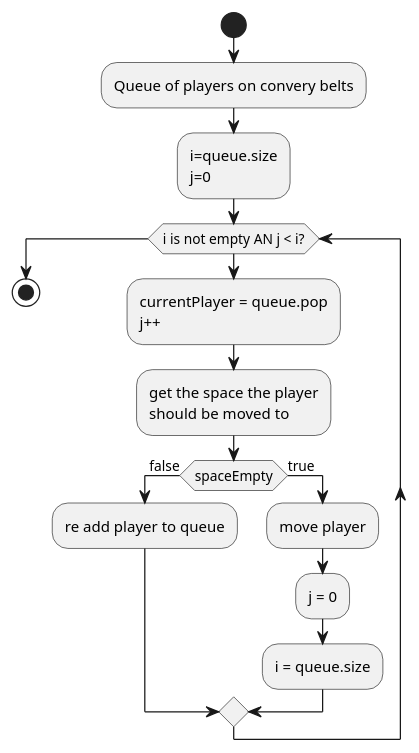
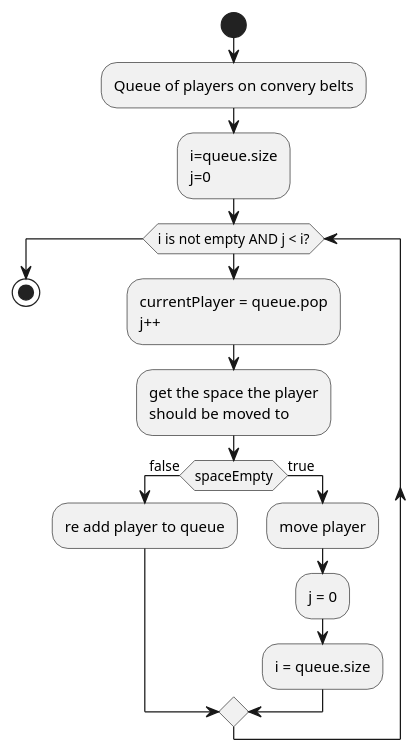
Before and after one commit to MikaelFangel/RoboRally: the diagram in diagrams/ActivityDiagrams/activatiorder_acitivity.puml, drawn with PlantUML.

Commit message:
corrected spelling mistake

```diff
--- a/diagrams/ActivityDiagrams/activatiorder_acitivity.puml
+++ b/diagrams/ActivityDiagrams/activatiorder_acitivity.puml
@@ -1,21 +1,21 @@
 @startuml
 'https://plantuml.com/activity-diagram-beta
 
 start
 :Queue of players on convery belts;
 :i=queue.size\nj=0;
-while (i is not empty AN j < i?)
+while (i is not empty AND j < i?)
   :currentPlayer = queue.pop\nj++;
   :get the space the player\nshould be moved to;
   if (spaceEmpty) is (false) then
     :re add player to queue;
   else (true)
     :move player;
     :j = 0;
     :i = queue.size;
   endif
 endwhile
 
 stop
 
 @enduml
```
